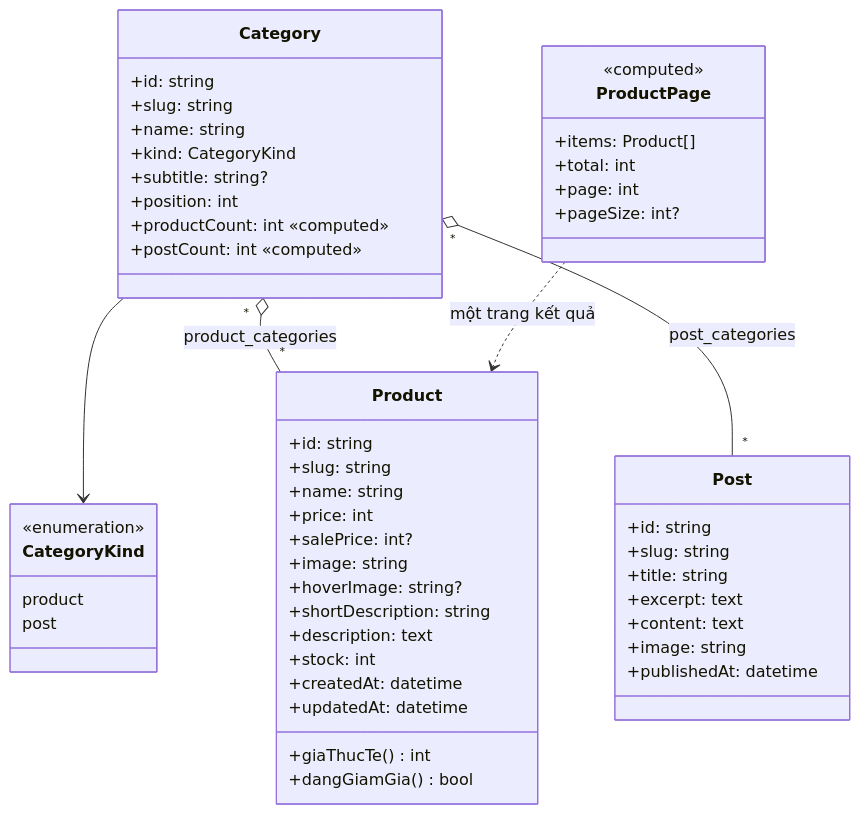
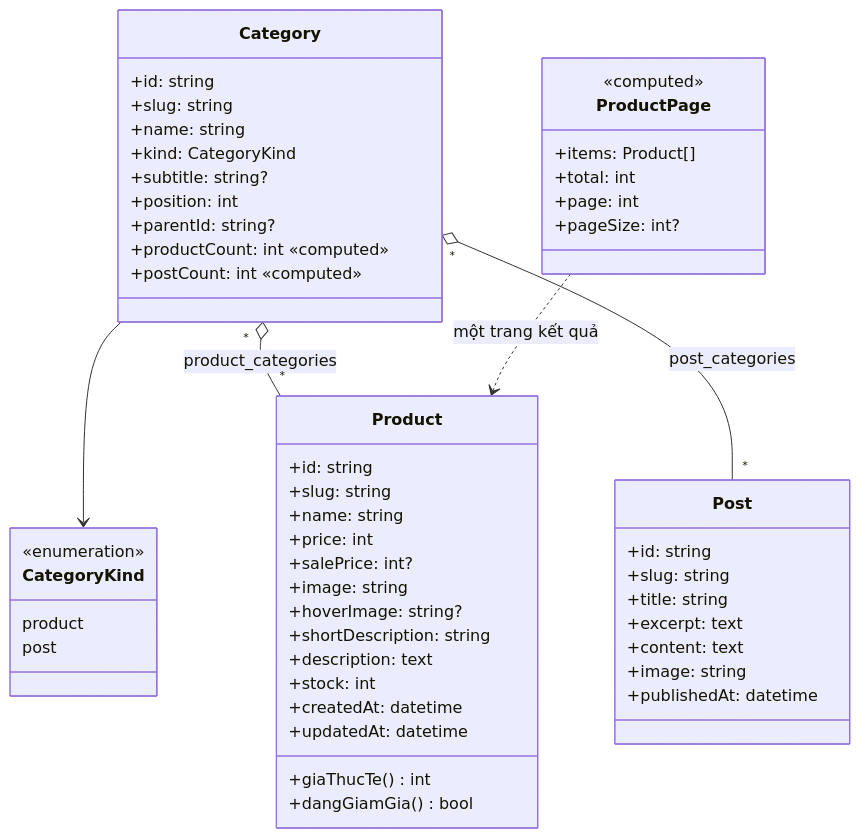
One commit to ngvuowng/doan changed diagram 43 of 51 in docs/SRS.md. Above: the diagram before and after it, drawn with Mermaid. The commit also changed other lines of this file and 63 other files, not shown here.

````diff
--- a/docs/SRS.md
+++ b/docs/SRS.md
@@ -2202,61 +2271,62 @@
 ```mermaid
 classDiagram
     direction TB
 
     class Category {
         +id: string
         +slug: string
         +name: string
         +kind: CategoryKind
         +subtitle: string?
         +position: int
+        +parentId: string?
         +productCount: int «computed»
         +postCount: int «computed»
     }
 
     class Product {
         +id: string
         +slug: string
         +name: string
         +price: int
         +salePrice: int?
         +image: string
         +hoverImage: string?
         +shortDescription: string
         +description: text
         +stock: int
         +createdAt: datetime
         +updatedAt: datetime
         +giaThucTe() int
         +dangGiamGia() bool
     }
 
     class Post {
         +id: string
         +slug: string
         +title: string
         +excerpt: text
         +content: text
         +image: string
         +publishedAt: datetime
     }
 
     class CategoryKind {
         <<enumeration>>
         product
         post
     }
 
     class ProductPage {
         <<computed>>
         +items: Product[]
         +total: int
         +page: int
         +pageSize: int?
     }
 
     Category --> CategoryKind
     Category "*" o-- "*" Product : product_categories
     Category "*" o-- "*" Post : post_categories
     ProductPage ..> Product : một trang kết quả
 ```
````
